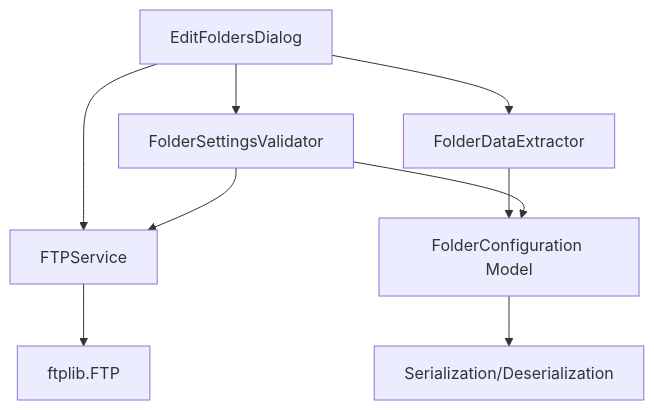
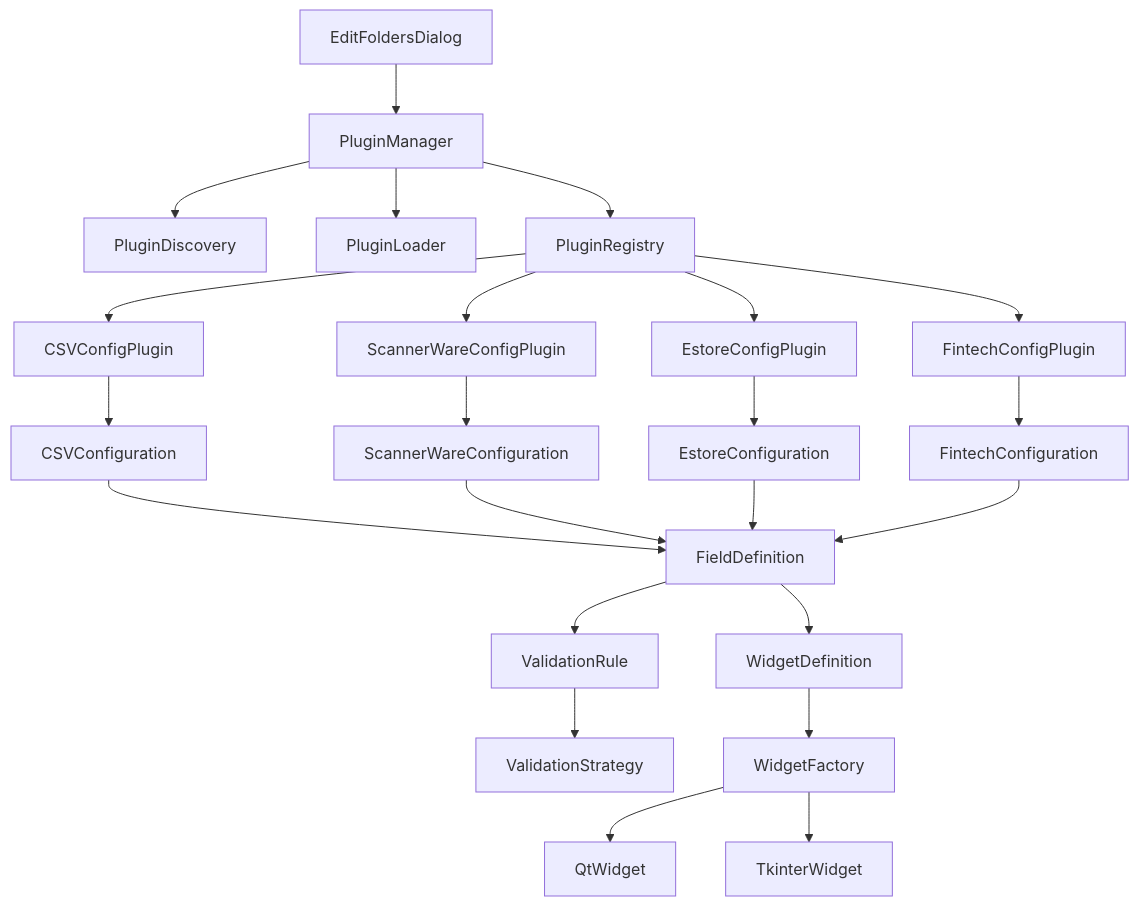
The diagram in plans/EDIT_DIALOG_REFACTORING_PLAN.md (dtg01100/batch-file-processor), drawn with Mermaid before and after one commit. The commit also changed other lines of this file and 10 other files, not shown here.

Commit message:
Implement folder configuration plugin type

````diff
--- a/plans/EDIT_DIALOG_REFACTORING_PLAN.md
+++ b/plans/EDIT_DIALOG_REFACTORING_PLAN.md
@@ -43,11 +54,25 @@
 ```mermaid
 graph TD
-    A[EditFoldersDialog] --> B[FolderSettingsValidator]
-    A --> C[FolderDataExtractor]
-    A --> D[FTPService]
-    B --> D
-    C --> E[FolderConfiguration Model]
-    B --> E
-    D --> F[ftplib.FTP]
-    E --> G[Serialization/Deserialization]
+    A[EditFoldersDialog] --> B[PluginManager]
+    B --> C[PluginDiscovery]
+    B --> D[PluginLoader]
+    B --> E[PluginRegistry]
+    E --> F[CSVConfigPlugin]
+    E --> G[ScannerWareConfigPlugin]
+    E --> H[EstoreConfigPlugin]
+    E --> I[FintechConfigPlugin]
+    F --> J[CSVConfiguration]
+    G --> K[ScannerWareConfiguration]
+    H --> L[EstoreConfiguration]
+    I --> M[FintechConfiguration]
+    J --> N[FieldDefinition]
+    K --> N
+    L --> N
+    M --> N
+    N --> O[ValidationRule]
+    O --> P[ValidationStrategy]
+    N --> Q[WidgetDefinition]
+    Q --> R[WidgetFactory]
+    R --> S[QtWidget]
+    R --> T[TkinterWidget]
 ```
````
